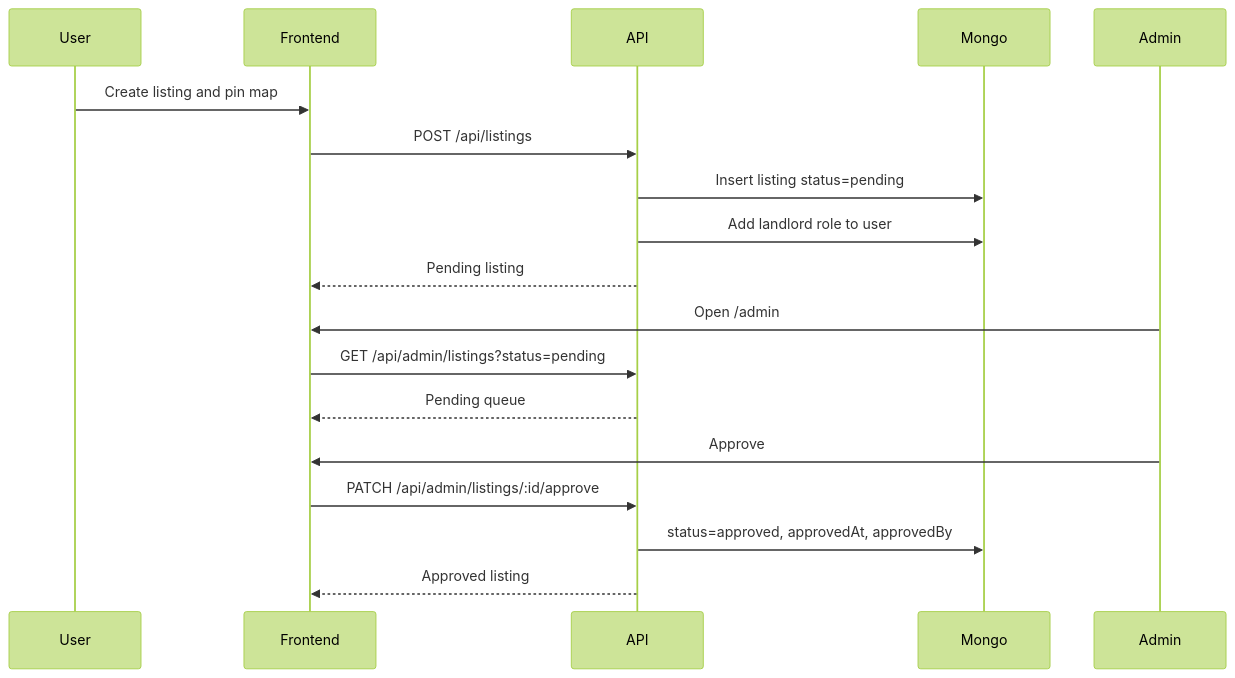
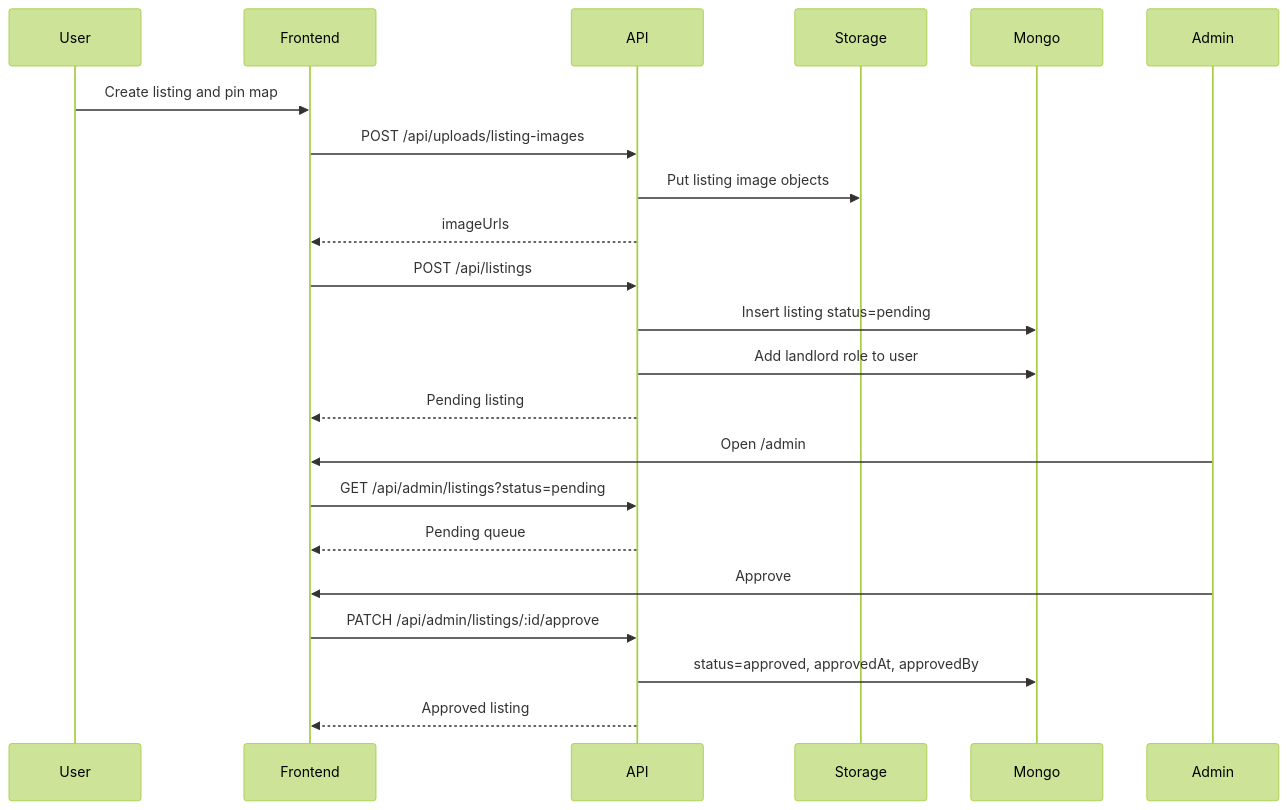
Before and after one commit to Himansha2001/rently: the diagram in docs/diagrams/listing-approval-sequence.md, drawn with Mermaid (forest theme). The commit also changed 65 other files, not shown here.

````diff
--- a/docs/diagrams/listing-approval-sequence.md
+++ b/docs/diagrams/listing-approval-sequence.md
@@ -3,21 +3,25 @@
 ```mermaid
 sequenceDiagram
   participant User
   participant Frontend
   participant API
+  participant Storage
   participant Mongo
   participant Admin
 
   User->>Frontend: Create listing and pin map
+  Frontend->>API: POST /api/uploads/listing-images
+  API->>Storage: Put listing image objects
+  API-->>Frontend: imageUrls
   Frontend->>API: POST /api/listings
   API->>Mongo: Insert listing status=pending
   API->>Mongo: Add landlord role to user
   API-->>Frontend: Pending listing
   Admin->>Frontend: Open /admin
   Frontend->>API: GET /api/admin/listings?status=pending
   API-->>Frontend: Pending queue
   Admin->>Frontend: Approve
   Frontend->>API: PATCH /api/admin/listings/:id/approve
   API->>Mongo: status=approved, approvedAt, approvedBy
   API-->>Frontend: Approved listing
 ```
````
